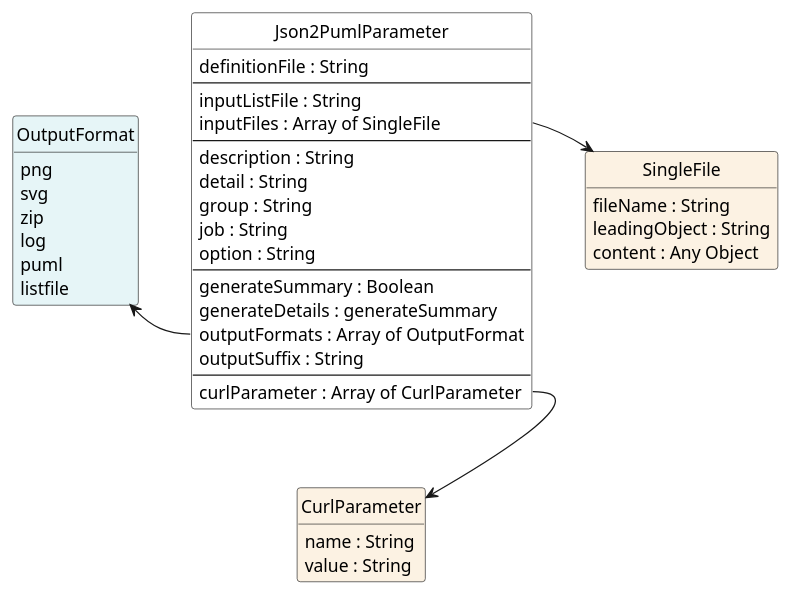
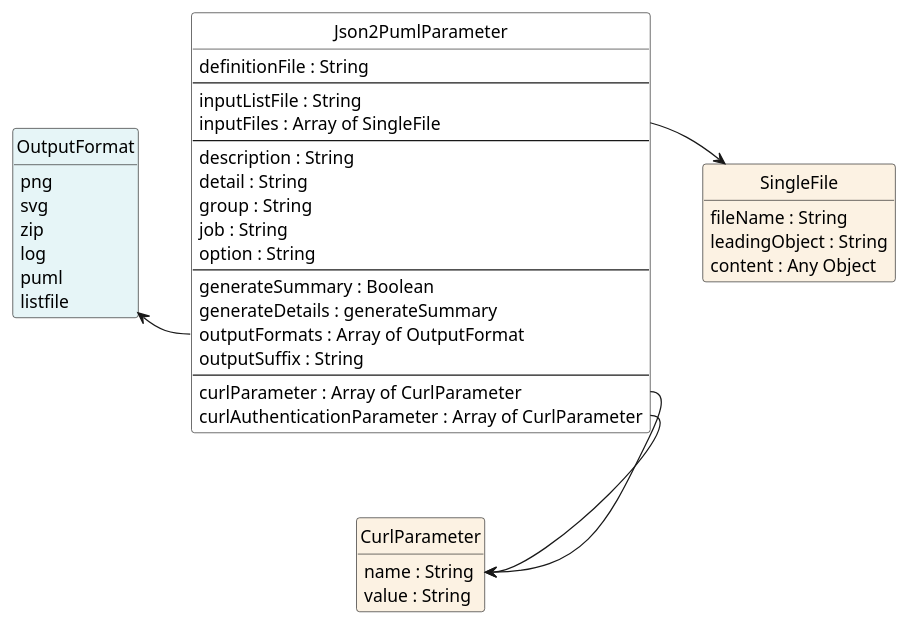
Before and after one commit to jfudickar/json2puml: the diagram in documentation/models/parameterfile/parameterfile.puml, drawn with PlantUML. The commit also changed 3 other files, not shown here.

```diff
--- a/documentation/models/parameterfile/parameterfile.puml
+++ b/documentation/models/parameterfile/parameterfile.puml
@@ -1,57 +1,60 @@
 @startuml
 hide circle
 hide methods
 hide stereotype
 show <<Enumeration>> stereotype
 skinparam class {
    BackgroundColor<<Enumeration>> #E6F5F7
    BackgroundColor<<Ref>> #FFFFE0
    BackgroundColor<<Pivot>> #FFFFFFF
    BackgroundColor #FCF2E3
 }
 
 class OutputFormat <<Enumeration>> {
     png
     svg
     zip
     log
     puml
     listfile
 }
 
 class CurlParameter{
    name : String
    value : String
 }
 
 class SingleFile {
    fileName : String
    leadingObject : String
    content : Any Object
 }
 
 class Json2PumlParameter <<Pivot>>{
    definitionFile : String
    --
    inputListFile : String
    inputFiles : Array of SingleFile
    --
 	description : String
    detail : String
    group : String
    job : String
    option : String
    --
    generateSummary : Boolean
    generateDetails : generateSummary
    outputFormats : Array of OutputFormat 
    outputSuffix : String
   --
    curlParameter : Array of CurlParameter
+   curlAuthenticationParameter : Array of CurlParameter
 }
 
 Json2PumlParameter::outputFormats -left-> OutputFormat
 Json2PumlParameter::inputFiles -right-> SingleFile
-Json2PumlParameter::curlParameter --> CurlParameter
+Json2PumlParameter::curlParameter --> CurlParameter::name
+Json2PumlParameter::curlAuthenticationParameter --> CurlParameter::name
+
 
 @enduml
```
